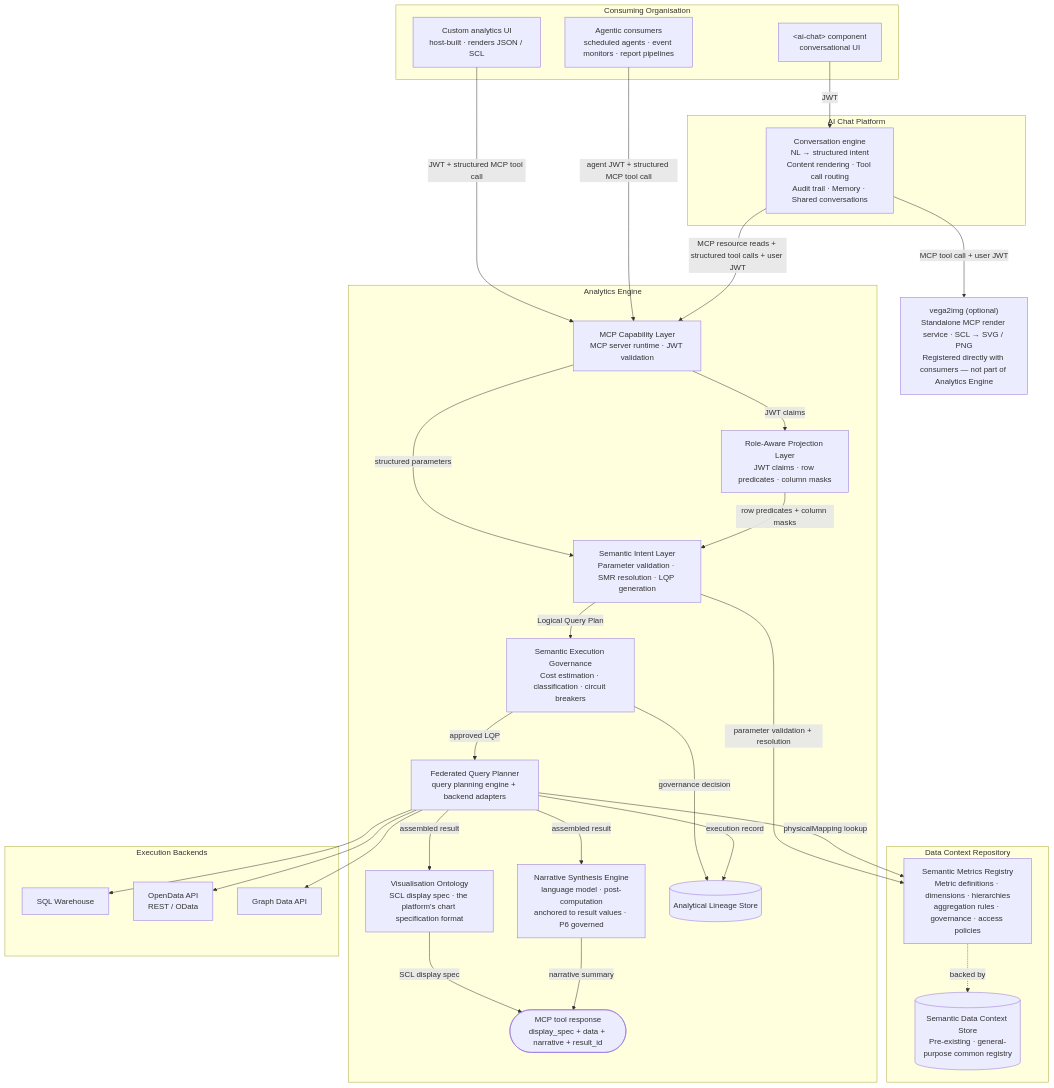
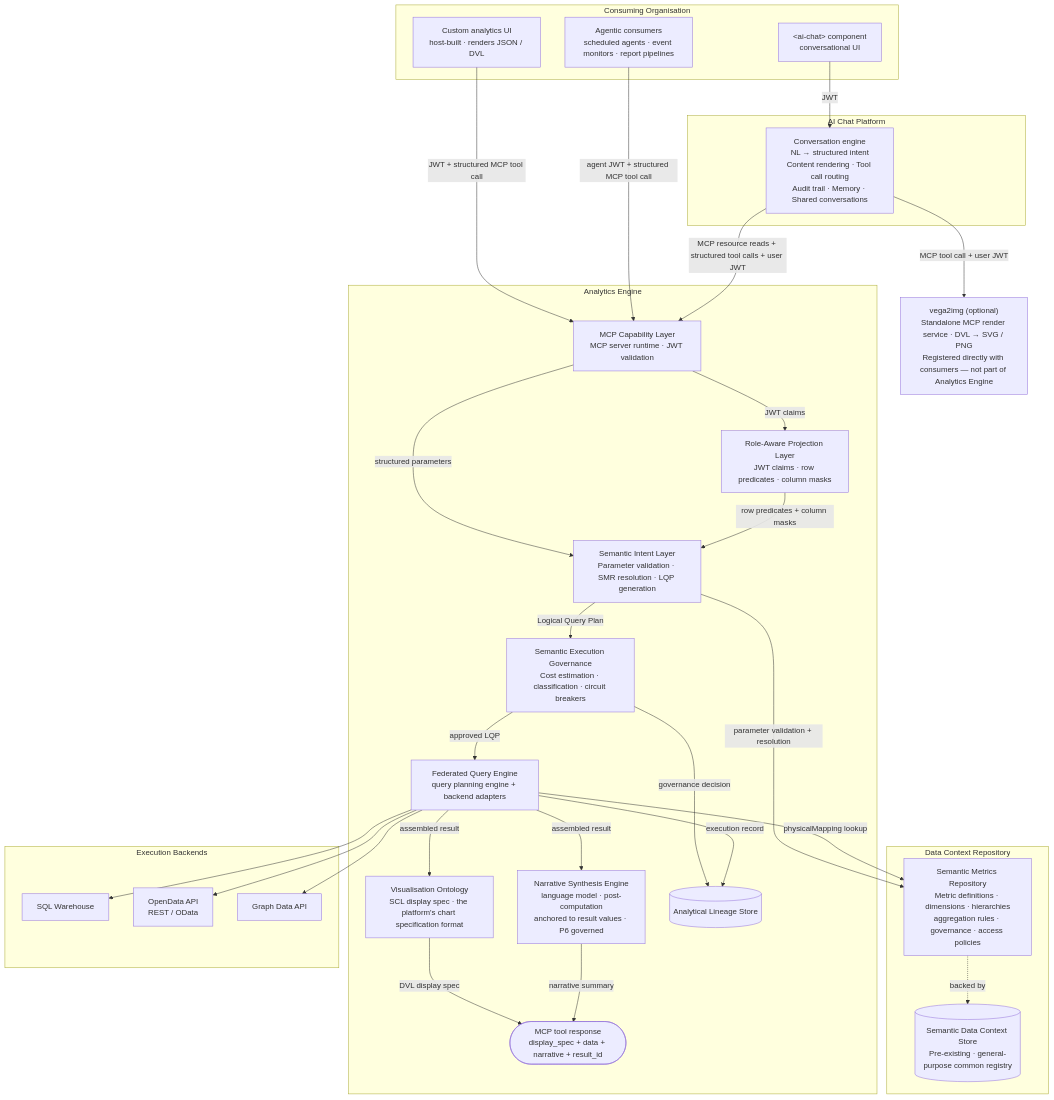
One commit to M-A-Operating-System/shared-work changed the first of 6 diagrams in docs/product/analytics/02-core-capabilities.md. Above: the diagram before and after it, drawn with Mermaid. The commit also changed other lines of this file and 8 other files, not shown here.

````diff
--- a/docs/product/analytics/02-core-capabilities.md
+++ b/docs/product/analytics/02-core-capabilities.md
@@ -57,58 +57,58 @@
 ```mermaid
 flowchart TD
     subgraph org["Consuming Organisation"]
         ChatComp["&lt;ai-chat&gt; component\nconversational UI"]
-        CustomUI["Custom analytics UI\nhost-built · renders JSON / SCL"]
+        CustomUI["Custom analytics UI\nhost-built · renders JSON / DVL"]
         Agents["Agentic consumers\nscheduled agents · event monitors · report pipelines"]
     end
 
     subgraph aichat["AI Chat Platform"]
         ChatEngine["Conversation engine\nNL → structured intent\nContent rendering · Tool call routing\nAudit trail · Memory · Shared conversations"]
     end
 
     subgraph analytics["Analytics Engine"]
         MCP["MCP Capability Layer\nMCP server runtime · JWT validation"]
         SIL["Semantic Intent Layer\nParameter validation · SMR resolution · LQP generation"]
         RAPL["Role-Aware Projection Layer\nJWT claims · row predicates · column masks"]
         SEG["Semantic Execution Governance\nCost estimation · classification · circuit breakers"]
-        FQP["Federated Query Planner\nquery planning engine + backend adapters"]
+        FQE["Federated Query Engine\nquery planning engine + backend adapters"]
         VO["Visualisation Ontology\nSCL display spec · the platform's chart specification format"]
         NSE["Narrative Synthesis Engine\nlanguage model · post-computation\nanchored to result values · P6 governed"]
         LS[("Analytical Lineage Store")]
         Result(["MCP tool response\ndisplay_spec + data + narrative + result_id"])
     end
 
-    vega2img["vega2img (optional)\nStandalone MCP render service · SCL → SVG / PNG\nRegistered directly with consumers — not part of Analytics Engine"]
+    vega2img["vega2img (optional)\nStandalone MCP render service · DVL → SVG / PNG\nRegistered directly with consumers — not part of Analytics Engine"]
 
     subgraph dcr["Data Context Repository"]
-        SMR["Semantic Metrics Registry\nMetric definitions · dimensions · hierarchies\naggregation rules · governance · access policies"]
+        SMR["Semantic Metrics Repository\nMetric definitions · dimensions · hierarchies\naggregation rules · governance · access policies"]
         DCS[("Semantic Data Context Store\nPre-existing · general-purpose common registry")]
         SMR -. backed by .-> DCS
     end
 
     subgraph backends["Execution Backends"]
         SQL["SQL Warehouse"]
         ODA["OpenData API\nREST / OData"]
         GDA["Graph Data API"]
     end
 
     ChatComp -->|"JWT"| ChatEngine
     CustomUI -->|"JWT + structured MCP tool call"| MCP
     Agents -->|"agent JWT + structured MCP tool call"| MCP
     ChatEngine -->|"MCP resource reads + structured tool calls + user JWT"| MCP
     ChatEngine -->|"MCP tool call + user JWT"| vega2img
     MCP -->|"structured parameters"| SIL
     MCP -->|"JWT claims"| RAPL
     RAPL -->|"row predicates + column masks"| SIL
     SIL -->|"parameter validation + resolution"| SMR
     SIL -->|"Logical Query Plan"| SEG
-    SEG -->|"approved LQP"| FQP
+    SEG -->|"approved LQP"| FQE
     SEG -->|"governance decision"| LS
-    FQP -->|"physicalMapping lookup"| SMR
-    FQP --> SQL & ODA & GDA
-    FQP -->|"execution record"| LS
-    FQP -->|"assembled result"| VO
-    FQP -->|"assembled result"| NSE
-    VO -->|"SCL display spec"| Result
+    FQE -->|"physicalMapping lookup"| SMR
+    FQE --> SQL & ODA & GDA
+    FQE -->|"execution record"| LS
+    FQE -->|"assembled result"| VO
+    FQE -->|"assembled result"| NSE
+    VO -->|"DVL display spec"| Result
     NSE -->|"narrative summary"| Result
 ```
````
